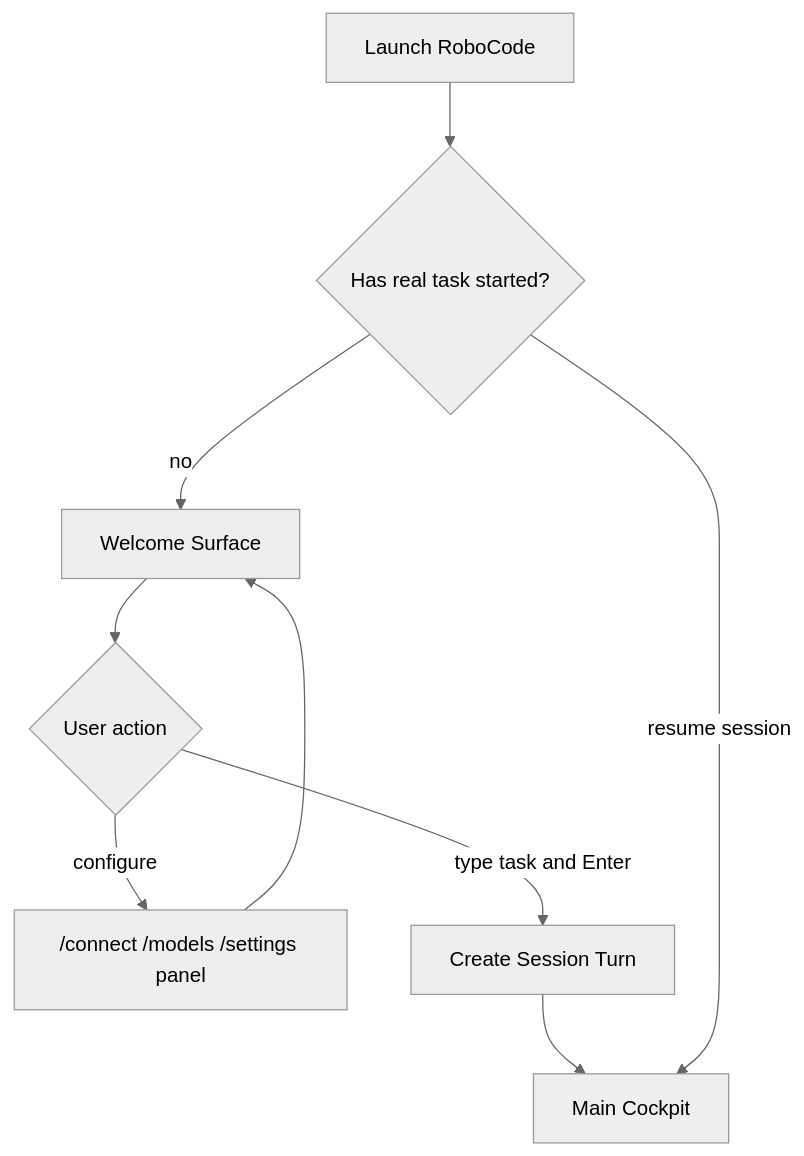
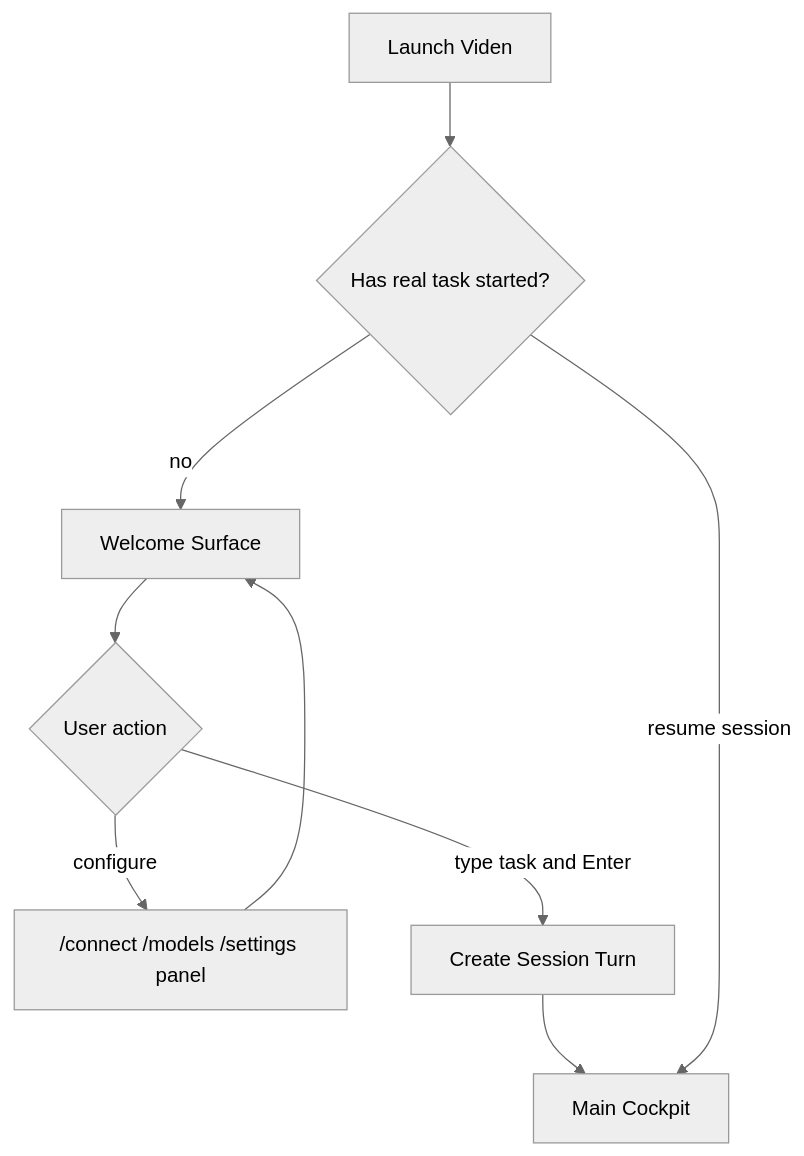
Before and after one commit to wikieden/robocode: the second of 8 diagrams in docs/product-design-operator-loop.md, drawn with Mermaid (neutral theme). The commit also changed other lines of this file and 340 other files, not shown here.

````diff
--- a/docs/product-design-operator-loop.md
+++ b/docs/product-design-operator-loop.md
@@ -218,11 +218,11 @@
 ```mermaid
 flowchart TD
-    A["Launch RoboCode"] --> B{"Has real task started?"}
+    A["Launch Viden"] --> B{"Has real task started?"}
     B -->|no| C["Welcome Surface"]
     C --> D{"User action"}
     D -->|configure| E["/connect /models /settings panel"]
     E --> C
     D -->|type task and Enter| F["Create Session Turn"]
     F --> G["Main Cockpit"]
     B -->|resume session| G
 ```
````
